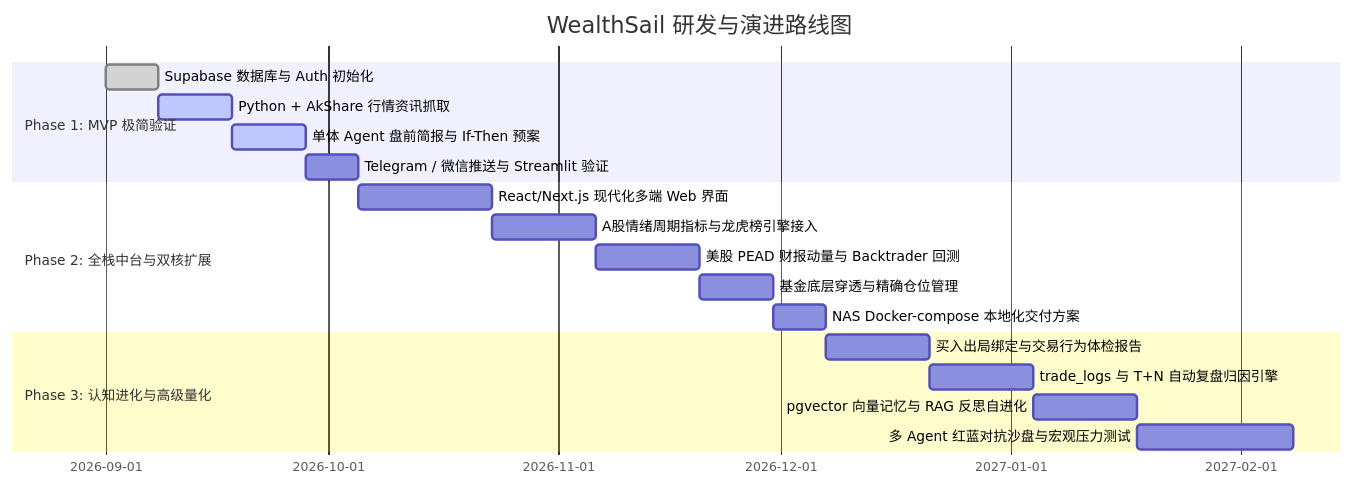
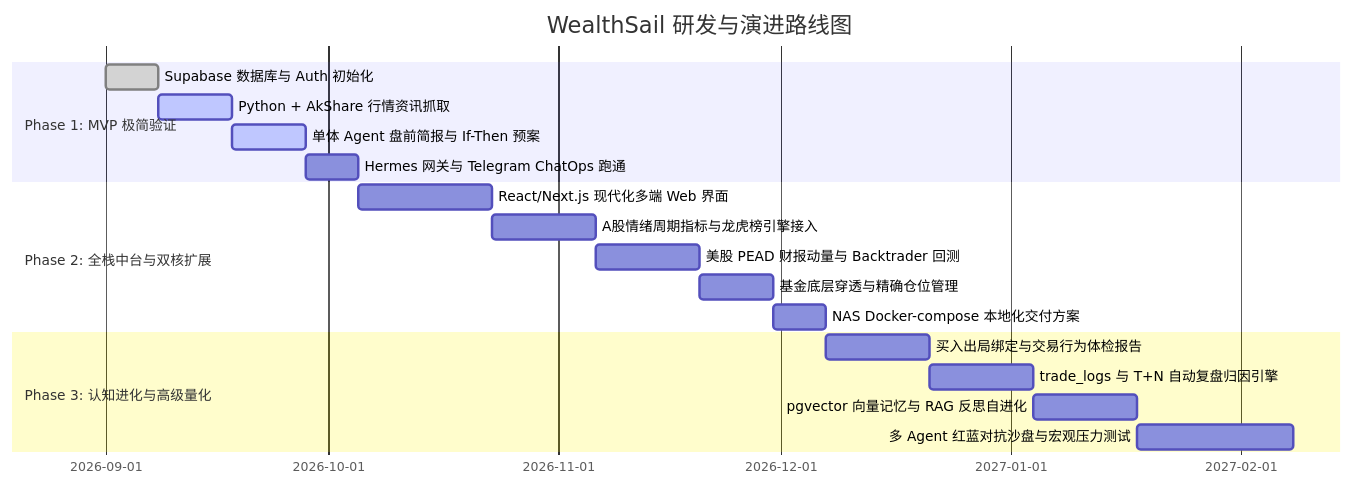
One commit to sinojelly/wealthsail changed the sixth of 6 diagrams in docs/01.WealthSail投研平台需求文档.md. Above: the diagram before and after it, drawn with Mermaid. The commit also changed other lines of this file, not shown here.

````diff
--- a/docs/01.WealthSail投研平台需求文档.md
+++ b/docs/01.WealthSail投研平台需求文档.md
@@ -689,23 +687,23 @@
 ```mermaid
 gantt
     title WealthSail 研发与演进路线图
     dateFormat  YYYY-MM-DD
     section Phase 1: MVP 极简验证
     Supabase 数据库与 Auth 初始化          :done, 2026-09-01, 7d
     Python + AkShare 行情资讯抓取         :active, 2026-09-08, 10d
     单体 Agent 盘前简报与 If-Then 预案     :active, 2026-09-18, 10d
-    Telegram / 微信推送与 Streamlit 验证   :2026-09-28, 7d
+    Hermes 网关与 Telegram ChatOps 跑通   :2026-09-28, 7d
     
     section Phase 2: 全栈中台与双核扩展
     React/Next.js 现代化多端 Web 界面     :2026-10-05, 18d
     A股情绪周期指标与龙虎榜引擎接入       :2026-10-23, 14d
     美股 PEAD 财报动量与 Backtrader 回测  :2026-11-06, 14d
     基金底层穿透与精确仓位管理            :2026-11-20, 10d
     NAS Docker-compose 本地化交付方案     :2026-11-30, 7d
     
     section Phase 3: 认知进化与高级量化
     买入出局绑定与交易行为体检报告        :2026-12-07, 14d
     trade_logs 与 T+N 自动复盘归因引擎    :2026-12-21, 14d
     pgvector 向量记忆与 RAG 反思自进化    :2027-01-04, 14d
     多 Agent 红蓝对抗沙盘与宏观压力测试   :2027-01-18, 21d
 ```
````
